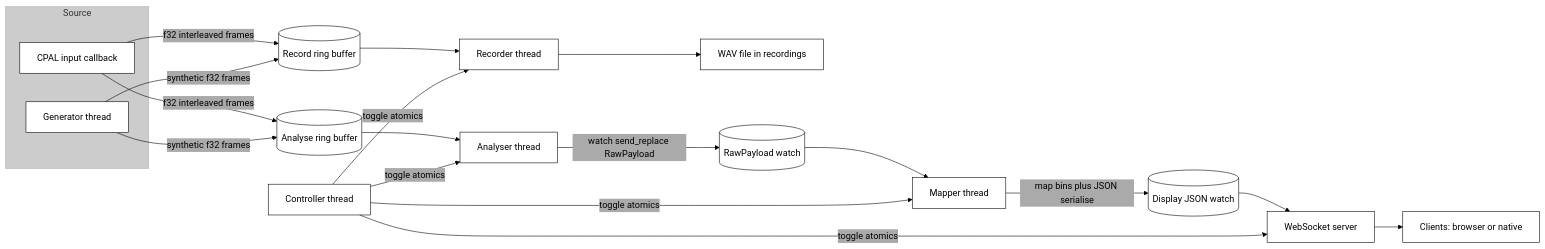
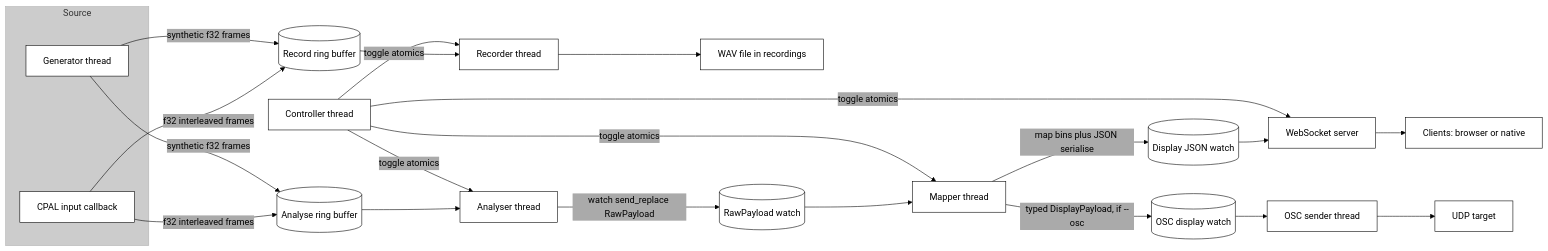
One commit to rayboyd/phase4 changed the second of 4 diagrams in docs/system/lifecycle.md. Above: the diagram before and after it, drawn with Mermaid. The commit also changed other lines of this file and 2 other files, not shown here.

Commit message:
docs(osc): add OSC tutorial, update README and lifecycle diagrams

````diff
--- a/docs/system/lifecycle.md
+++ b/docs/system/lifecycle.md
@@ -49,46 +52,49 @@
 ```mermaid
 %%{init: {
 	"theme": "base",
 	"themeVariables": {
 		"background": "#ffffff",
 		"fontFamily": "monospace",
 		"fontSize": "16px",
 		"lineColor": "#000",
 		"primaryBorderColor": "#000",
 		"primaryColor": "#fff",
 		"primaryTextColor": "#000",
 		"secondaryColor": "#aaa",
 		"tertiaryColor": "#ccc"
 	},
 	"flowchart": {
 		"curve": "basis",
 		"htmlLabels": true
 	}
 }}%%
 flowchart LR
 		subgraph Source
 			A1[CPAL input callback]:::source
 			A2[Generator thread]:::source
 		end
 
 		A1 -->|f32 interleaved frames| B1[(Record ring buffer)]
 		A1 -->|f32 interleaved frames| B2[(Analyse ring buffer)]
 		A2 -->|synthetic f32 frames| B1
 		A2 -->|synthetic f32 frames| B2
 
 		B1 --> C1[Recorder thread]
 		C1 --> D1[WAV file in recordings]
 
 		B2 --> C2[Analyser thread]
 		C2 -->|watch send_replace RawPayload| E[(RawPayload watch)]
 		E --> F[Mapper thread]
 		F -->|map bins plus JSON serialise| G[(Display JSON watch)]
+		F -->|typed DisplayPayload, if --osc| K[(OSC display watch)]
 		G --> H[WebSocket server]
 		H --> I[Clients: browser or native]
+		K --> L[OSC sender thread]
+		L --> M[UDP target]
 
 		J[Controller thread] -->|toggle atomics| C1
 		J -->|toggle atomics| C2
 		J -->|toggle atomics| F
 		J -->|toggle atomics| H
 
 ```
````
